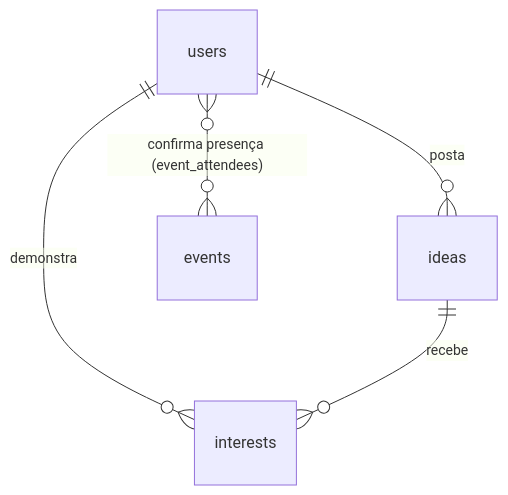
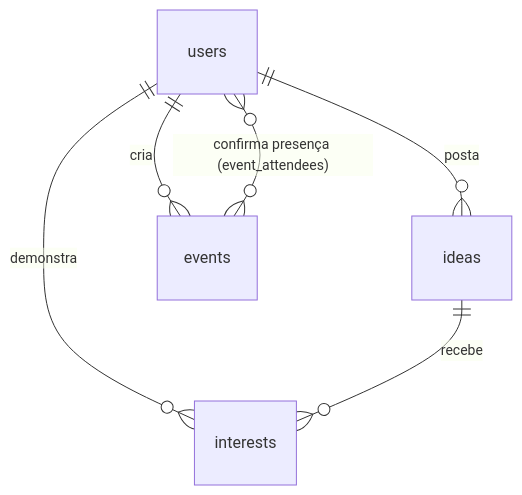
One commit to thisdev-davi/communicate-it changed the second of 2 diagrams in docs/PRD.md. Above: the diagram before and after it, drawn with Mermaid. The commit also changed other lines of this file, not shown here.

````diff
--- a/docs/PRD.md
+++ b/docs/PRD.md
@@ -56,7 +57,8 @@
 ```mermaid
 erDiagram
     users ||--o{ ideas : "posta"
     users ||--o{ interests : "demonstra"
     ideas ||--o{ interests : "recebe"
+    users ||--o{ events : "cria"
     users }o--o{ events : "confirma presença (event_attendees)"
 ```
````
